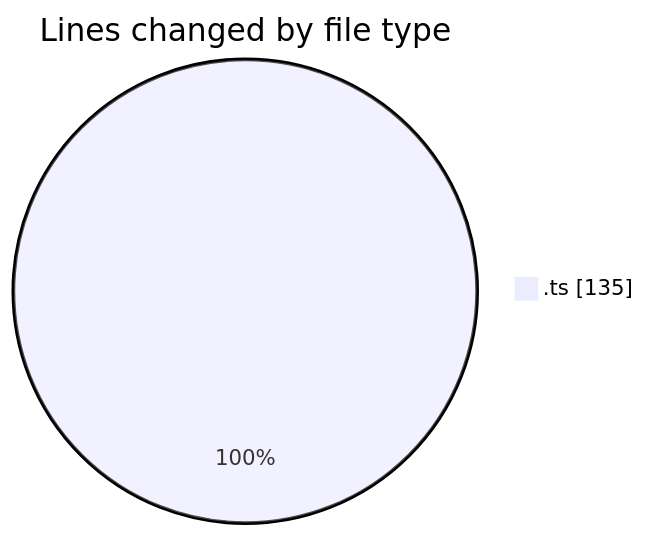
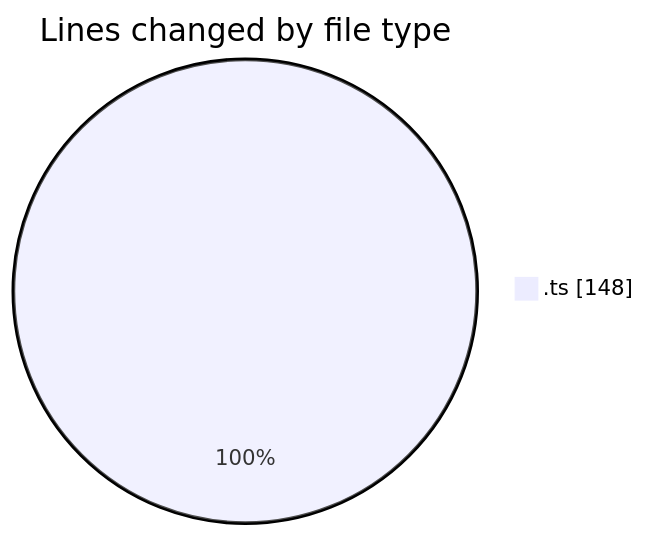
The first of 2 diagrams in 2025-11-27/cda/README.md (momahboobian/code-tracking), drawn with Mermaid before and after one commit. The commit also changed other lines of this file and 1 other file, not shown here.

````diff
--- a/2025-11-27/cda/README.md
+++ b/2025-11-27/cda/README.md
@@ -20,5 +21,5 @@
 ```mermaid
 pie showData
 title Lines changed by file type
-".ts" : 135
+".ts" : 148
 ```
````
